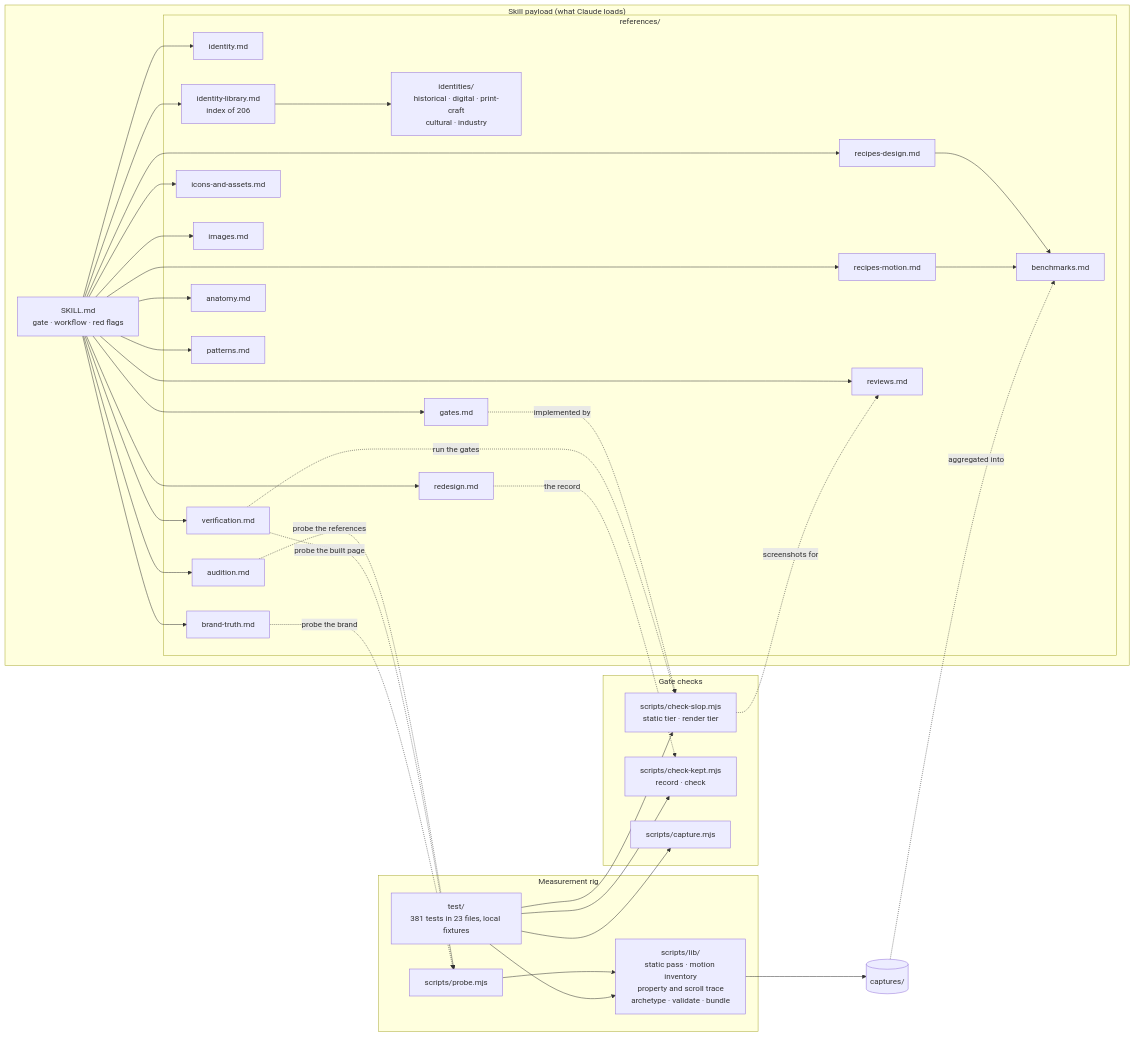
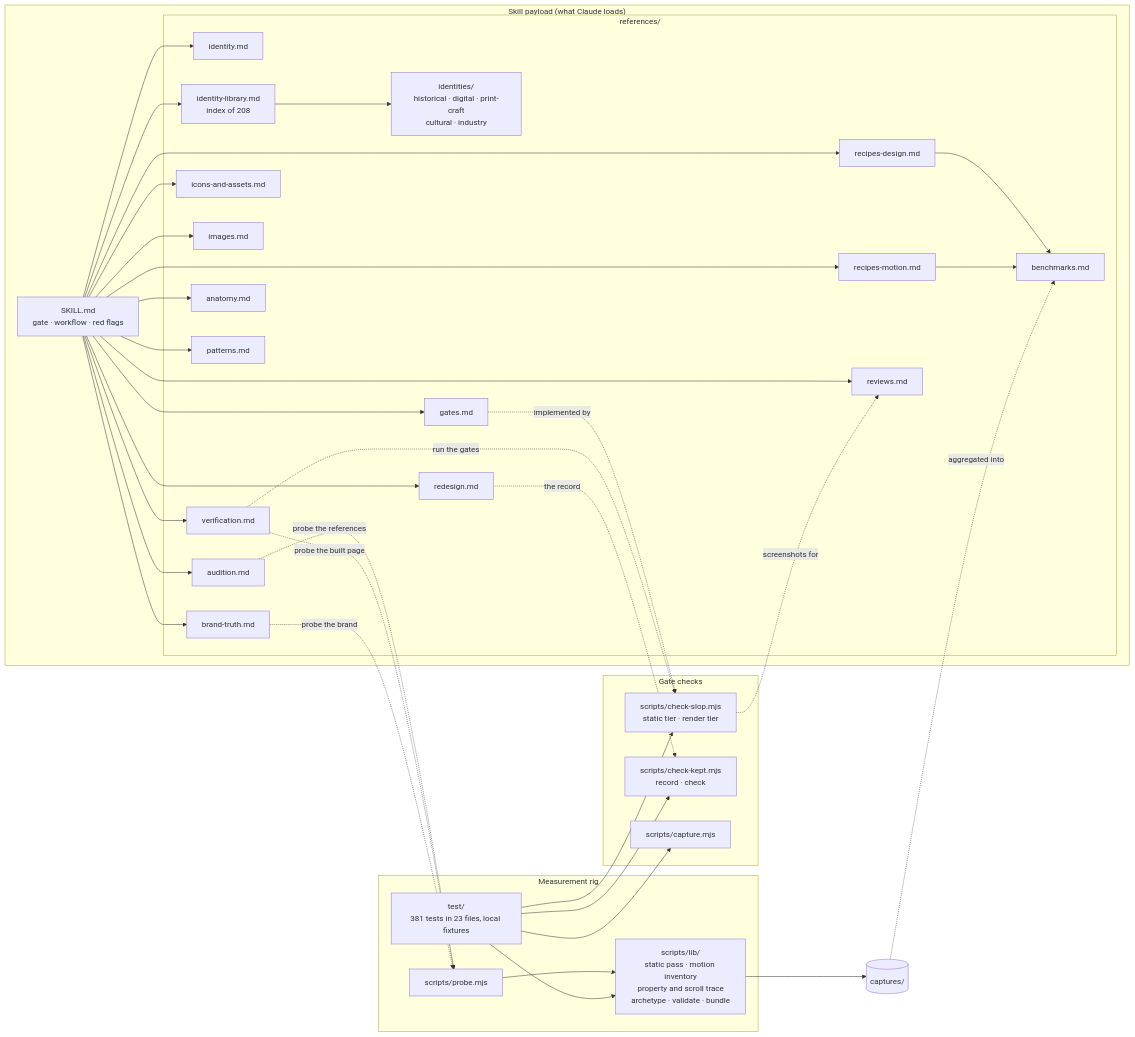
One commit to jounimn/df-design changed the second of 2 diagrams in README.md. Above: the diagram before and after it, drawn with Mermaid. The commit also changed 3 other files, not shown here.

````diff
--- a/README.md
+++ b/README.md
@@ -179,48 +179,48 @@
 ```mermaid
 flowchart LR
     subgraph Skill["Skill payload (what Claude loads)"]
         SK["SKILL.md<br/>gate · workflow · red flags"]
         subgraph Refs["references/"]
             ID["identity.md"]
             AUD["audition.md"]
-            LIB["identity-library.md<br/>index of 206"]
+            LIB["identity-library.md<br/>index of 208"]
             FAM["identities/<br/>historical · digital · print-craft<br/>cultural · industry"]
             RD["recipes-design.md"]
             RM["recipes-motion.md"]
             IC["icons-and-assets.md"]
             IMG["images.md"]
             VER["verification.md"]
             BEN["benchmarks.md"]
             ANA["anatomy.md"]
             GAT["gates.md"]
             PAT["patterns.md"]
             REV["reviews.md"]
             RED["redesign.md"]
             BRT["brand-truth.md"]
         end
     end
     subgraph Rig["Measurement rig"]
         PRB["scripts/probe.mjs"]
         LIBS["scripts/lib/<br/>static pass · motion inventory<br/>property and scroll trace<br/>archetype · validate · bundle"]
         TST["test/<br/>381 tests in 23 files, local fixtures"]
     end
     subgraph Gates["Gate checks"]
         CSL["scripts/check-slop.mjs<br/>static tier · render tier"]
         CKP["scripts/check-kept.mjs<br/>record · check"]
         CPT["scripts/capture.mjs"]
     end
     SK --> ID & AUD & LIB & RD & RM & IC & IMG & VER & ANA & GAT & PAT & REV & RED & BRT
     LIB --> FAM
     RD & RM --> BEN
     PRB --> LIBS
     LIBS --> CAP[("captures/")]
     CAP -. "aggregated into" .-> BEN
     AUD -. "probe the references" .-> PRB
     VER -. "probe the built page" .-> PRB
     GAT -. "implemented by" .-> CSL
     VER -. "run the gates" .-> CSL
     RED -. "the record" .-> CKP
     BRT -. "probe the brand" .-> PRB
     CSL -. "screenshots for" .-> REV
     TST --> LIBS & CSL & CKP & CPT
 ```
````
